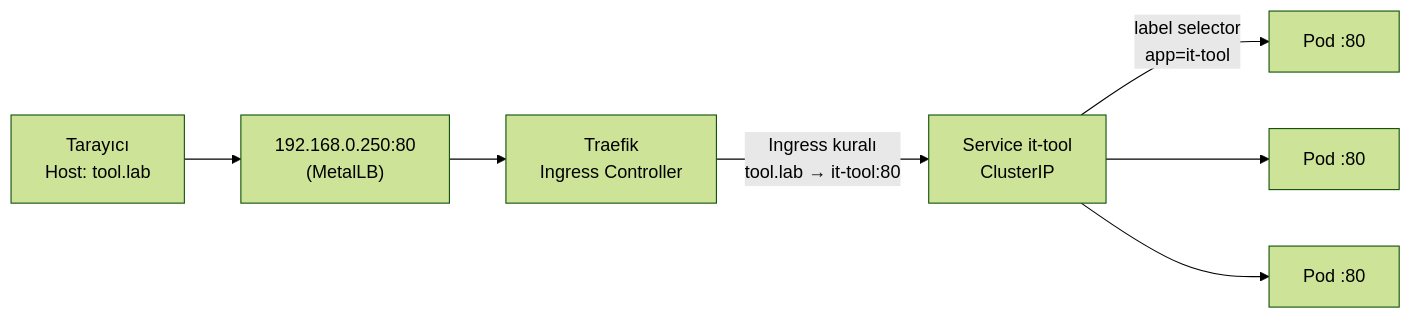
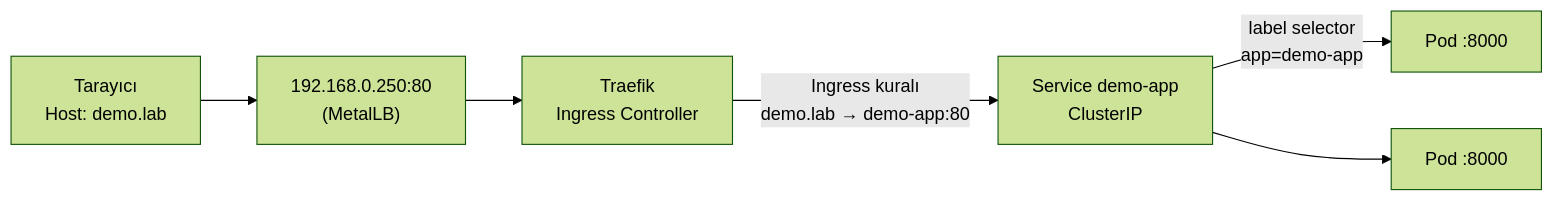
Before and after one commit to umuttvar/homelab-k8s: the second of 3 diagrams in README.tr.md, drawn with Mermaid (forest theme). The commit also changed other lines of this file and 10 other files, not shown here.

````diff
--- a/README.tr.md
+++ b/README.tr.md
@@ -52,9 +64,8 @@
 ```mermaid
 flowchart LR
-    A["Tarayıcı<br/>Host: tool.lab"] --> B["192.168.0.250:80<br/>(MetalLB)"]
+    A["Tarayıcı<br/>Host: demo.lab"] --> B["192.168.0.250:80<br/>(MetalLB)"]
     B --> C["Traefik<br/>Ingress Controller"]
-    C -->|"Ingress kuralı<br/>tool.lab → it-tool:80"| D["Service it-tool<br/>ClusterIP"]
-    D -->|"label selector<br/>app=it-tool"| E1["Pod :80"]
-    D --> E2["Pod :80"]
-    D --> E3["Pod :80"]
+    C -->|"Ingress kuralı<br/>demo.lab → demo-app:80"| D["Service demo-app<br/>ClusterIP"]
+    D -->|"label selector<br/>app=demo-app"| E1["Pod :8000"]
+    D --> E2["Pod :8000"]
 ```
````
